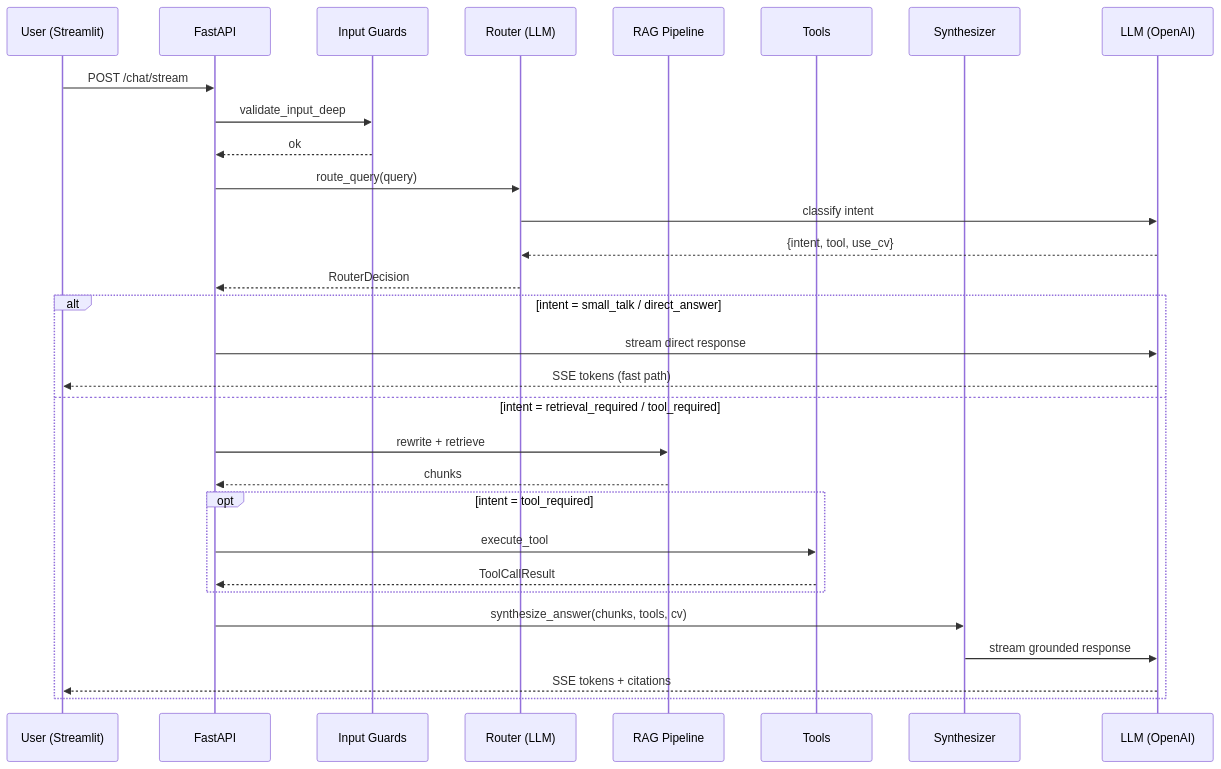
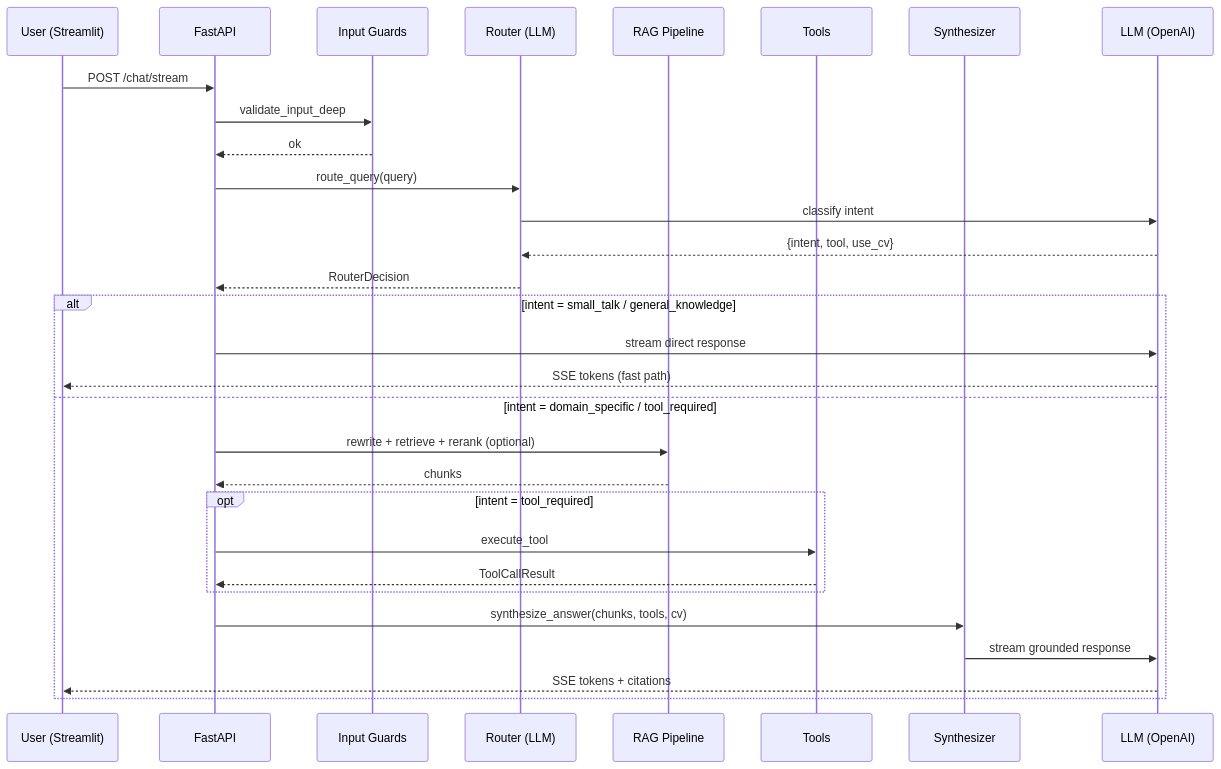
Before and after one commit to Fejjii/Career-Consultant-Platform: the second of 4 diagrams in README.md, drawn with Mermaid. The commit also changed other lines of this file and 98 other files, not shown here.

````diff
--- a/README.md
+++ b/README.md
@@ -143,34 +149,34 @@
 ```mermaid
 sequenceDiagram
     participant U as User (Streamlit)
     participant A as FastAPI
     participant G as Input Guards
     participant R as Router (LLM)
     participant RAG as RAG Pipeline
     participant T as Tools
     participant S as Synthesizer
     participant L as LLM (OpenAI)
 
     U->>A: POST /chat/stream
     A->>G: validate_input_deep
     G-->>A: ok
     A->>R: route_query(query)
     R->>L: classify intent
     L-->>R: {intent, tool, use_cv}
     R-->>A: RouterDecision
 
-    alt intent = small_talk / direct_answer
+    alt intent = small_talk / general_knowledge
         A->>L: stream direct response
         L-->>U: SSE tokens (fast path)
-    else intent = retrieval_required / tool_required
-        A->>RAG: rewrite + retrieve
+    else intent = domain_specific / tool_required
+        A->>RAG: rewrite + retrieve + rerank (optional)
         RAG-->>A: chunks
         opt intent = tool_required
             A->>T: execute_tool
             T-->>A: ToolCallResult
         end
         A->>S: synthesize_answer(chunks, tools, cv)
         S->>L: stream grounded response
         L-->>U: SSE tokens + citations
     end
 ```
````
